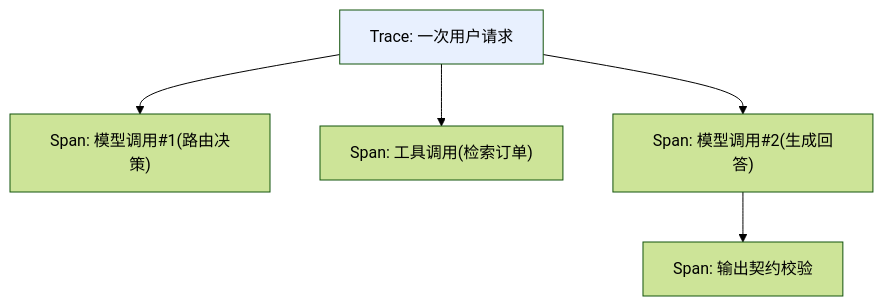
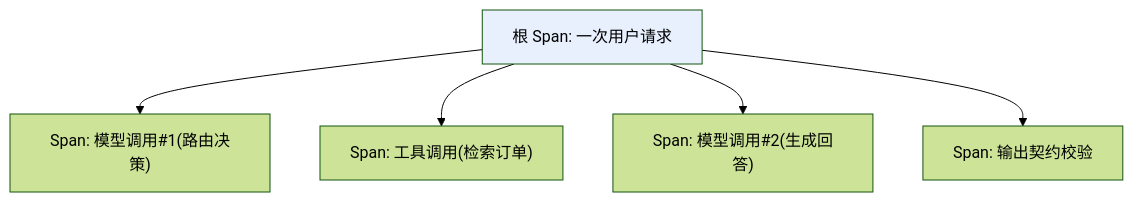
Before and after one commit to oneleaveknowsthefall/awesome-ai-roadmap: the diagram in docs/engineering/04-evaluation-observability/08-online-observability-tracing.md, drawn with Mermaid (forest theme). The commit also changed other lines of this file and 27 other files, not shown here.

````diff
--- a/docs/engineering/04-evaluation-observability/08-online-observability-tracing.md
+++ b/docs/engineering/04-evaluation-observability/08-online-observability-tracing.md
@@ -11,10 +11,10 @@
 ```mermaid
 flowchart TB
-    ROOT["Trace: 一次用户请求"]
+    ROOT["根 Span: 一次用户请求"]
     ROOT --> S1["Span: 模型调用#1(路由决策)"]
     ROOT --> S2["Span: 工具调用(检索订单)"]
     ROOT --> S3["Span: 模型调用#2(生成回答)"]
-    S3 --> S4["Span: 输出契约校验"]
+    ROOT --> S4["Span: 输出契约校验"]
 
     style ROOT fill:#e8f0fe
 ```
````
